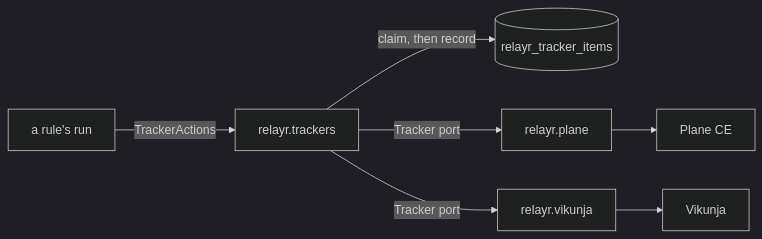
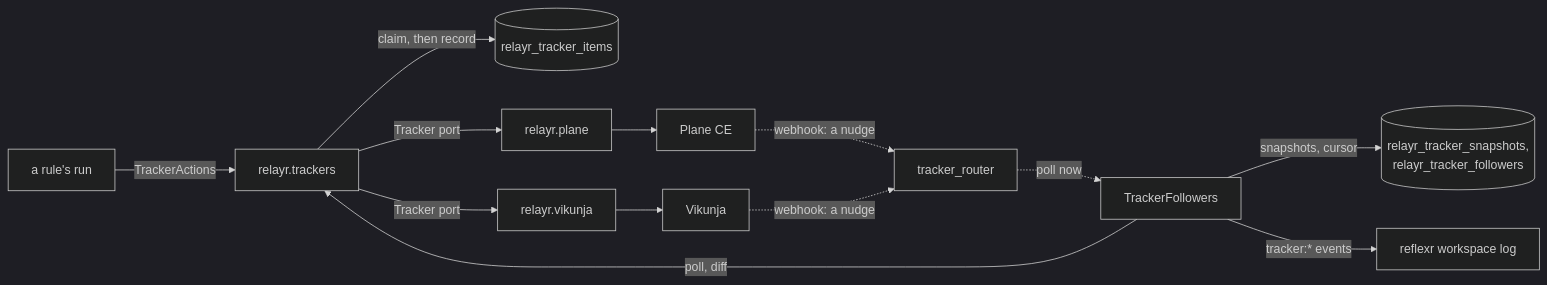
The second of 2 diagrams in docs/relayr/architecture.md (alexnodeland/lattice), drawn with Mermaid (dark theme) before and after one commit. The commit also changed other lines of this file and 13 other files, not shown here.

Commit message:
docs(relayr): reading a tracker back, and what a live Plane settled (ADR-0036, ADR-0037)

````diff
--- a/docs/relayr/architecture.md
+++ b/docs/relayr/architecture.md
@@ -92,9 +93,15 @@
 ```mermaid
 graph LR
     run["a rule's run"] -- "TrackerActions" --> core["relayr.trackers"]
     core -- "claim, then record" --> ledger[("relayr_tracker_items")]
     core -- "Tracker port" --> plane["relayr.plane"]
     core -- "Tracker port" --> vikunja["relayr.vikunja"]
     plane --> P["Plane CE"]
     vikunja --> V["Vikunja"]
+    P -. "webhook: a nudge" .-> hook["tracker_router"]
+    V -. "webhook: a nudge" .-> hook
+    hook -. "poll now" .-> followers["TrackerFollowers"]
+    followers -- "poll, diff" --> core
+    followers -- "snapshots, cursor" --> snapshots[("relayr_tracker_snapshots,<br/>relayr_tracker_followers")]
+    followers -- "tracker:* events" --> rlog["reflexr workspace log"]
 ```
````
